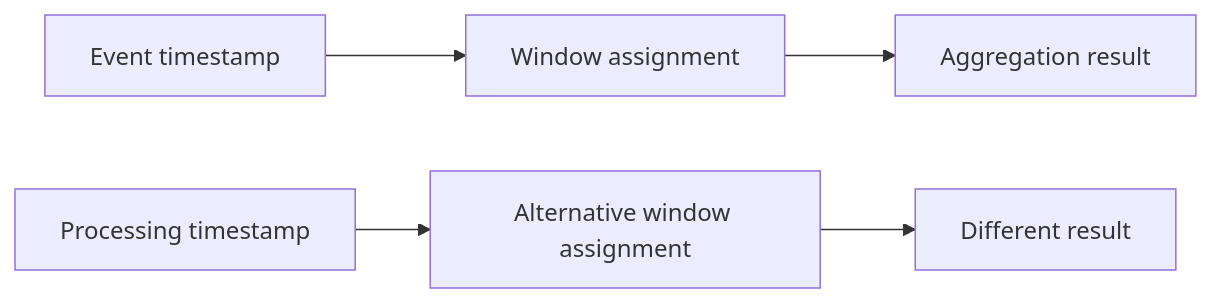
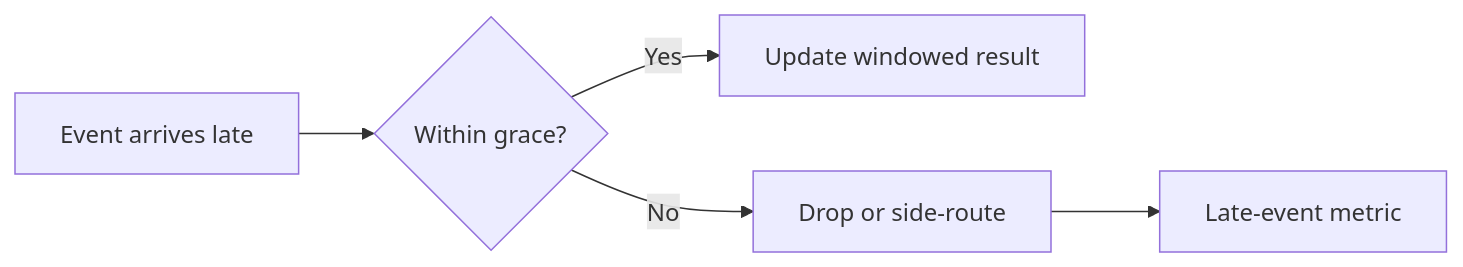
The diagram in _posts/2026-06-22-kafka-event-time-vs-processing-time-part-2.md (sandeepbhardwaj/sandeepbhardwaj.github.io), drawn with Mermaid before and after one commit. The commit also changed other lines of this file and 113 other files, not shown here.

````diff
--- a/_posts/2026-06-22-kafka-event-time-vs-processing-time-part-2.md
+++ b/_posts/2026-06-22-kafka-event-time-vs-processing-time-part-2.md
@@ -127,7 +73,7 @@
-        ```mermaid
+```mermaid
 flowchart LR
-    A[Event timestamp] --> B[Window assignment]
-    C[Processing timestamp] --> D[Alternative window assignment]
-    B --> E[Aggregation result]
-    D --> F[Different result]
+    A[Event arrives late] --> B{Within grace?}
+    B -->|Yes| C[Update windowed result]
+    B -->|No| D[Drop or side-route]
+    D --> E[Late-event metric]
 ```
````
